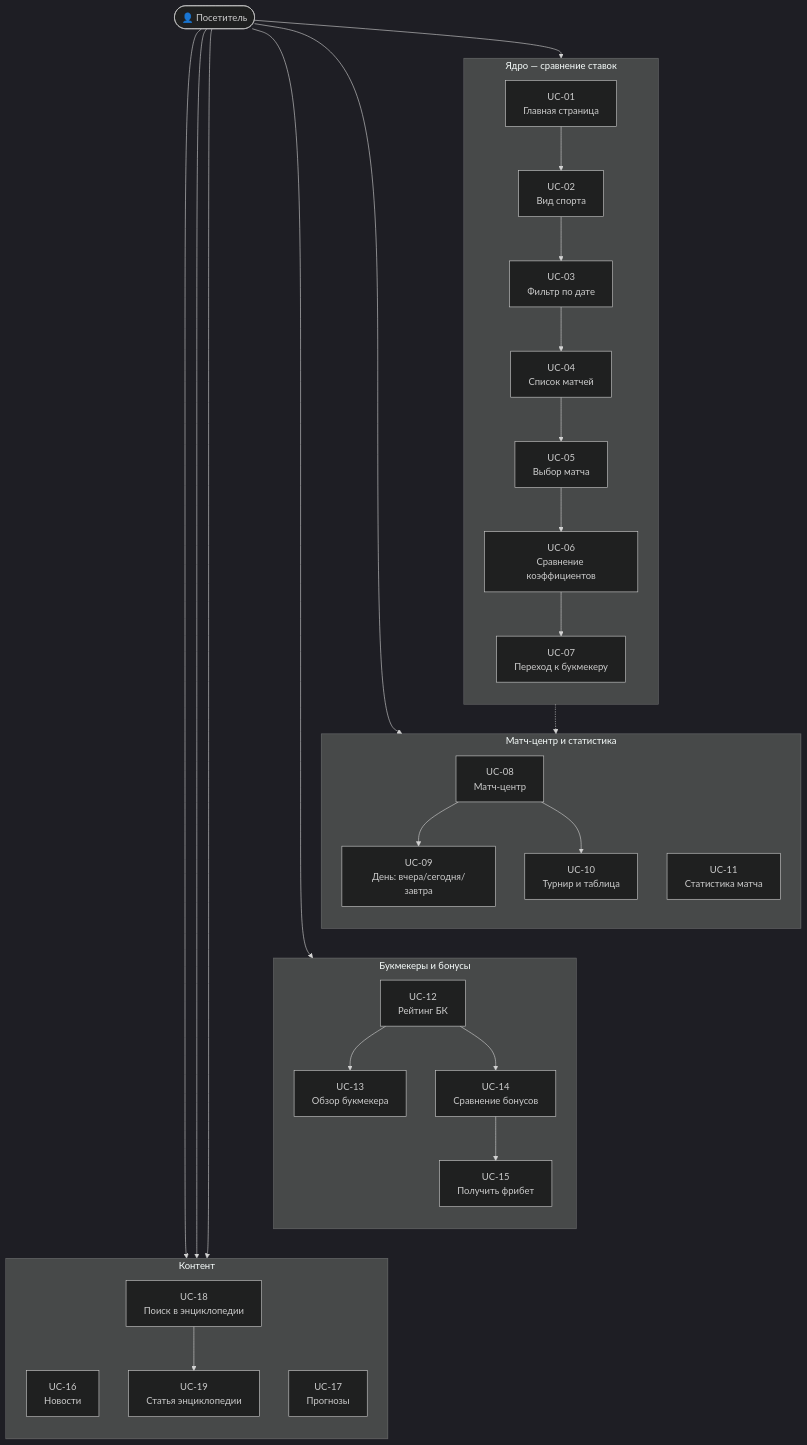
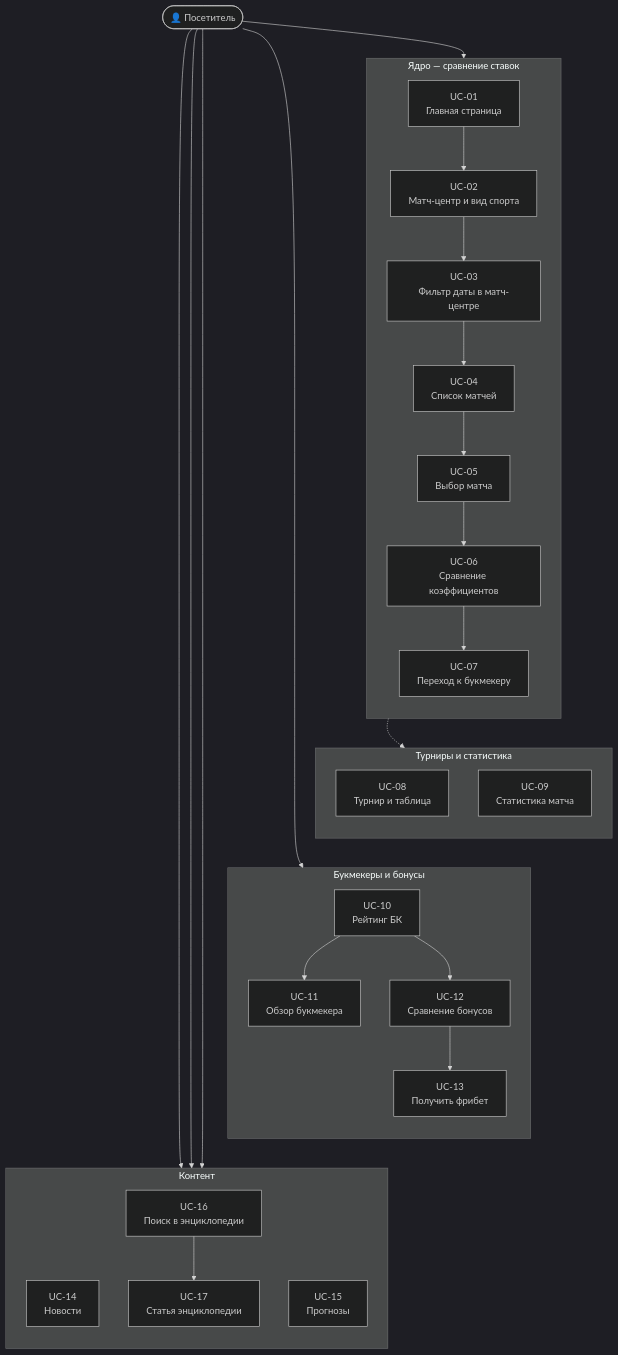
The diagram in README.md (roge111/TPO_3_Lab), drawn with Mermaid (dark theme) before and after one commit. The commit also changed other lines of this file and 9 other files, not shown here.

````diff
--- a/README.md
+++ b/README.md
@@ -28,57 +28,52 @@
 ```mermaid
 flowchart TB
   U(["👤 Посетитель"])
 
   subgraph CORE["Ядро — сравнение ставок"]
     direction TB
     UC01["UC-01<br/>Главная страница"]
-    UC02["UC-02<br/>Вид спорта"]
-    UC03["UC-03<br/>Фильтр по дате"]
+    UC02["UC-02<br/>Матч-центр и вид спорта"]
+    UC03["UC-03<br/>Фильтр даты в матч-центре"]
     UC04["UC-04<br/>Список матчей"]
     UC05["UC-05<br/>Выбор матча"]
     UC06["UC-06<br/>Сравнение коэффициентов"]
     UC07["UC-07<br/>Переход к букмекеру"]
     UC01 --> UC02 --> UC03 --> UC04 --> UC05 --> UC06 --> UC07
   end
 
-  subgraph STAT["Матч-центр и статистика"]
+  subgraph STAT["Турниры и статистика"]
     direction TB
-    UC08["UC-08<br/>Матч-центр"]
-    UC09["UC-09<br/>День: вчера/сегодня/завтра"]
-    UC10["UC-10<br/>Турнир и таблица"]
-    UC11["UC-11<br/>Статистика матча"]
-    UC08 --> UC09
-    UC08 --> UC10
-    UC05 -.-> UC11
+    UC08["UC-08<br/>Турнир и таблица"]
+    UC09["UC-09<br/>Статистика матча"]
+    UC05 -.-> UC09
   end
 
   subgraph BK["Букмекеры и бонусы"]
     direction TB
-    UC12["UC-12<br/>Рейтинг БК"]
-    UC13["UC-13<br/>Обзор букмекера"]
-    UC14["UC-14<br/>Сравнение бонусов"]
-    UC15["UC-15<br/>Получить фрибет"]
-    UC12 --> UC13
-    UC12 --> UC14 --> UC15
+    UC10["UC-10<br/>Рейтинг БК"]
+    UC11["UC-11<br/>Обзор букмекера"]
+    UC12["UC-12<br/>Сравнение бонусов"]
+    UC13["UC-13<br/>Получить фрибет"]
+    UC10 --> UC11
+    UC10 --> UC12 --> UC13
   end
 
   subgraph INFO["Контент"]
     direction TB
-    UC16["UC-16<br/>Новости"]
-    UC17["UC-17<br/>Прогнозы"]
-    UC18["UC-18<br/>Поиск в энциклопедии"]
-    UC19["UC-19<br/>Статья энциклопедии"]
-    UC18 --> UC19
+    UC14["UC-14<br/>Новости"]
+    UC15["UC-15<br/>Прогнозы"]
+    UC16["UC-16<br/>Поиск в энциклопедии"]
+    UC17["UC-17<br/>Статья энциклопедии"]
+    UC16 --> UC17
   end
 
   U --> UC01
-  U --> UC08
-  U --> UC12
+  U --> UC10
+  U --> UC14
+  U --> UC15
   U --> UC16
-  U --> UC17
-  U --> UC18
 
   CORE ~~~ STAT
   STAT ~~~ BK
   BK ~~~ INFO
 ```
````
